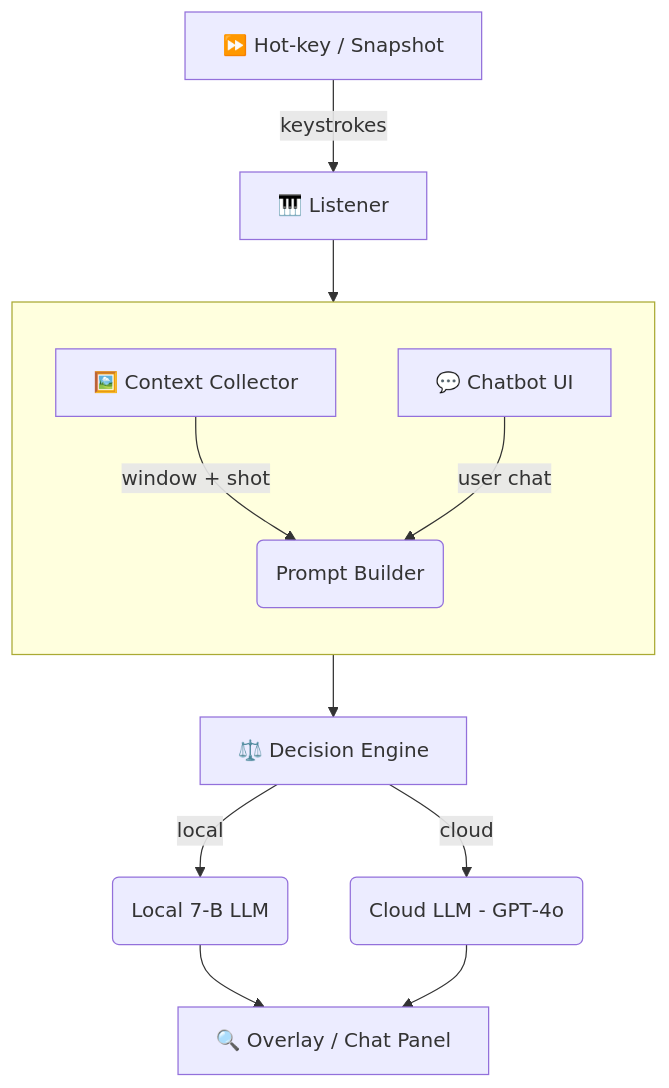
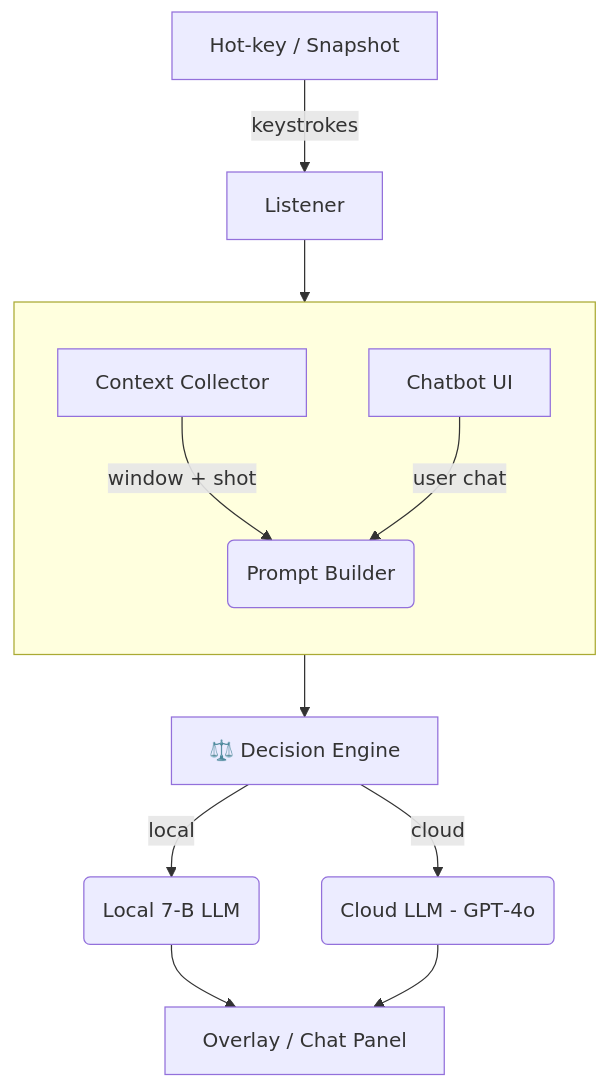
The diagram in README.md (MihneaTs1/casi), drawn with Mermaid before and after one commit.

````diff
--- a/README.md
+++ b/README.md
@@ -7,15 +7,15 @@
 ```mermaid
 flowchart TD
-    A[⏩ Hot‑key / Snapshot] -->|keystrokes| L[🎹 Listener]
-    L --> C[🖼️ Context&nbsp;Collector]
+    A[Hot‑key / Snapshot] -->|keystrokes| L[Listener]
+    L --> C[Context&nbsp;Collector]
     subgraph Input[ ]
         direction TB
         C -->|window + shot| PB(Prompt&nbsp;Builder)
-        ChatInput[💬 Chatbot UI] -->|user chat| PB
+        ChatInput[Chatbot UI] -->|user chat| PB
     end
     PB --> DE[⚖️ Decision Engine]
     DE -->|local| LL(Local 7‑B LLM)
     DE -->|cloud| CL(Cloud LLM ‑ GPT‑4o)
-    LL --> UI[🔍 Overlay / Chat Panel]
+    LL --> UI[Overlay / Chat Panel]
     CL --> UI
 ```
````
